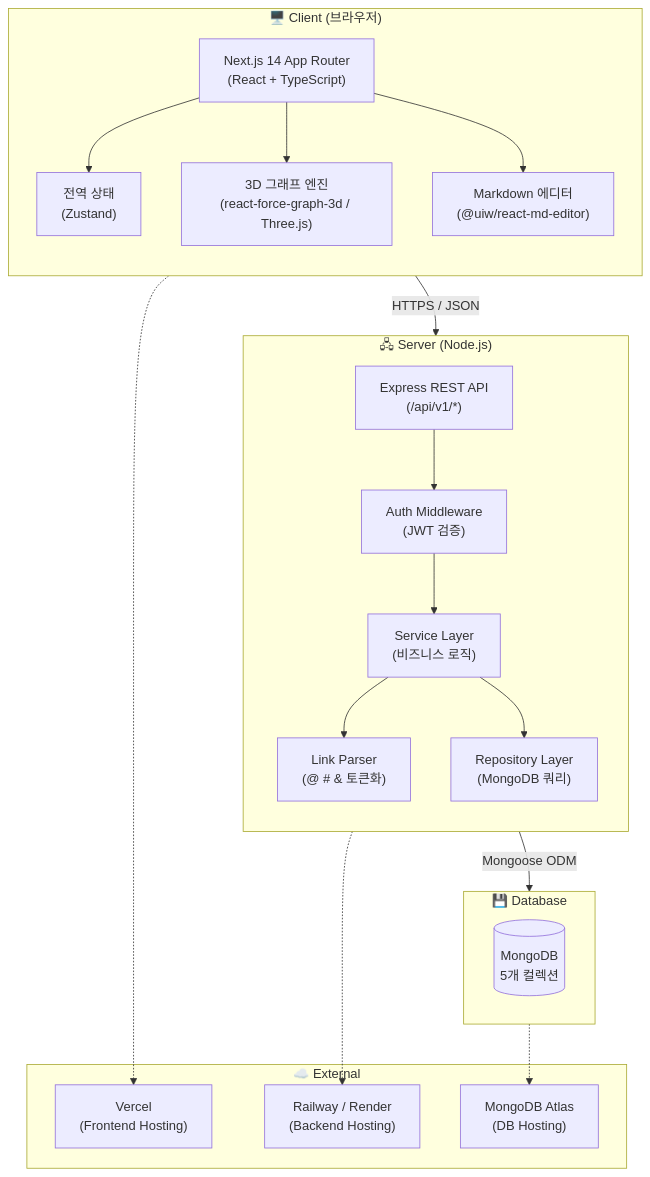
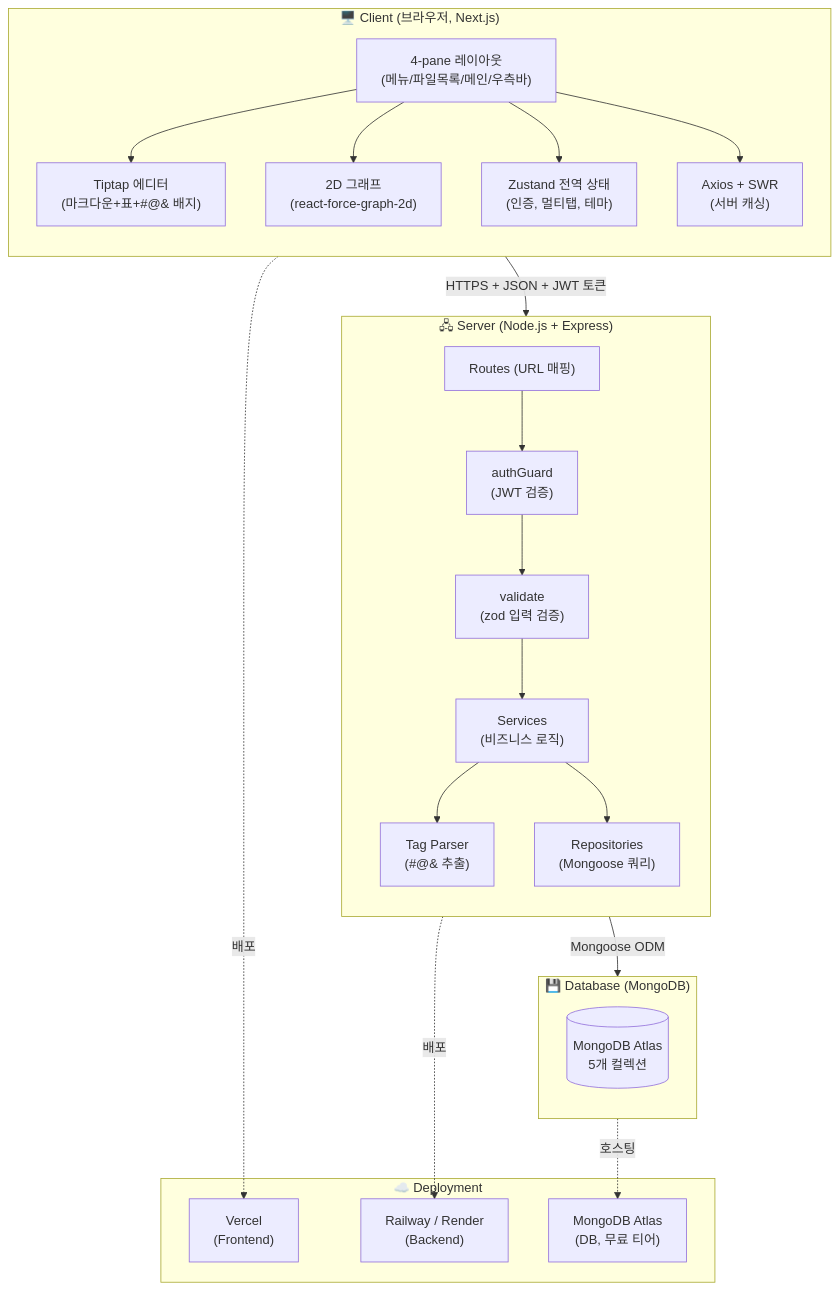
One commit to GC-Five-Guys/Docs changed the first of 4 diagrams in 03_설계/시스템_아키텍처.md. Above: the diagram before and after it, drawn with Mermaid. The commit also changed other lines of this file and 4 other files, not shown here.

First line of the commit message:
docs(design): 설계 5종 v2 — Tiptap·2D 그래프·4-pane 레이아웃 반영

````diff
--- a/03_설계/시스템_아키텍처.md
+++ b/03_설계/시스템_아키텍처.md
@@ -11,42 +31,46 @@
 ```mermaid
 flowchart TB
-    subgraph CLIENT["🖥️ Client (브라우저)"]
+    subgraph CLIENT["🖥️ Client (브라우저, Next.js)"]
         direction TB
-        UI["Next.js 14 App Router<br/>(React + TypeScript)"]
-        STATE["전역 상태<br/>(Zustand)"]
-        GRAPH["3D 그래프 엔진<br/>(react-force-graph-3d / Three.js)"]
-        EDITOR["Markdown 에디터<br/>(@uiw/react-md-editor)"]
+        UI["4-pane 레이아웃<br/>(메뉴/파일목록/메인/우측바)"]
+        EDITOR["Tiptap 에디터<br/>(마크다운+표+#@& 배지)"]
+        GRAPH["2D 그래프<br/>(react-force-graph-2d)"]
+        STATE["Zustand 전역 상태<br/>(인증, 멀티탭, 테마)"]
+        API_CLIENT["Axios + SWR<br/>(서버 캐싱)"]
+        UI --> EDITOR
+        UI --> GRAPH
         UI --> STATE
-        UI --> GRAPH
-        UI --> EDITOR
+        UI --> API_CLIENT
     end
 
-    subgraph SERVER["🖧 Server (Node.js)"]
+    subgraph SERVER["🖧 Server (Node.js + Express)"]
         direction TB
-        API["Express REST API<br/>(/api/v1/*)"]
-        AUTH["Auth Middleware<br/>(JWT 검증)"]
-        PARSER["Link Parser<br/>(@ # & 토큰화)"]
-        SERVICE["Service Layer<br/>(비즈니스 로직)"]
-        REPO["Repository Layer<br/>(MongoDB 쿼리)"]
-        API --> AUTH --> SERVICE
-        SERVICE --> PARSER
-        SERVICE --> REPO
+        ROUTES["Routes (URL 매핑)"]
+        AUTH_MW["authGuard<br/>(JWT 검증)"]
+        VALID_MW["validate<br/>(zod 입력 검증)"]
+        SERVICES["Services<br/>(비즈니스 로직)"]
+        PARSER["Tag Parser<br/>(#@& 추출)"]
+        REPO["Repositories<br/>(Mongoose 쿼리)"]
+        ROUTES --> AUTH_MW --> VALID_MW --> SERVICES
+        SERVICES --> PARSER
+        SERVICES --> REPO
     end
 
-    subgraph DB["💾 Database"]
-        MONGO[("MongoDB<br/>5개 컬렉션")]
+    subgraph DB["💾 Database (MongoDB)"]
+        direction TB
+        MONGO[("MongoDB Atlas<br/>5개 컬렉션")]
     end
 
-    CLIENT -- "HTTPS / JSON" --> SERVER
+    CLIENT -- "HTTPS + JSON + JWT 토큰" --> SERVER
     SERVER -- "Mongoose ODM" --> DB
 
-    subgraph EXTERNAL["☁️ External"]
-        VERCEL["Vercel<br/>(Frontend Hosting)"]
-        RAILWAY["Railway / Render<br/>(Backend Hosting)"]
-        ATLAS["MongoDB Atlas<br/>(DB Hosting)"]
+    subgraph DEPLOY["☁️ Deployment"]
+        VERCEL["Vercel<br/>(Frontend)"]
+        RAILWAY["Railway / Render<br/>(Backend)"]
+        ATLAS["MongoDB Atlas<br/>(DB, 무료 티어)"]
     end
 
-    CLIENT -.-> VERCEL
-    SERVER -.-> RAILWAY
-    DB -.-> ATLAS
+    CLIENT -.배포.-> VERCEL
+    SERVER -.배포.-> RAILWAY
+    DB -.호스팅.-> ATLAS
 ```
````
